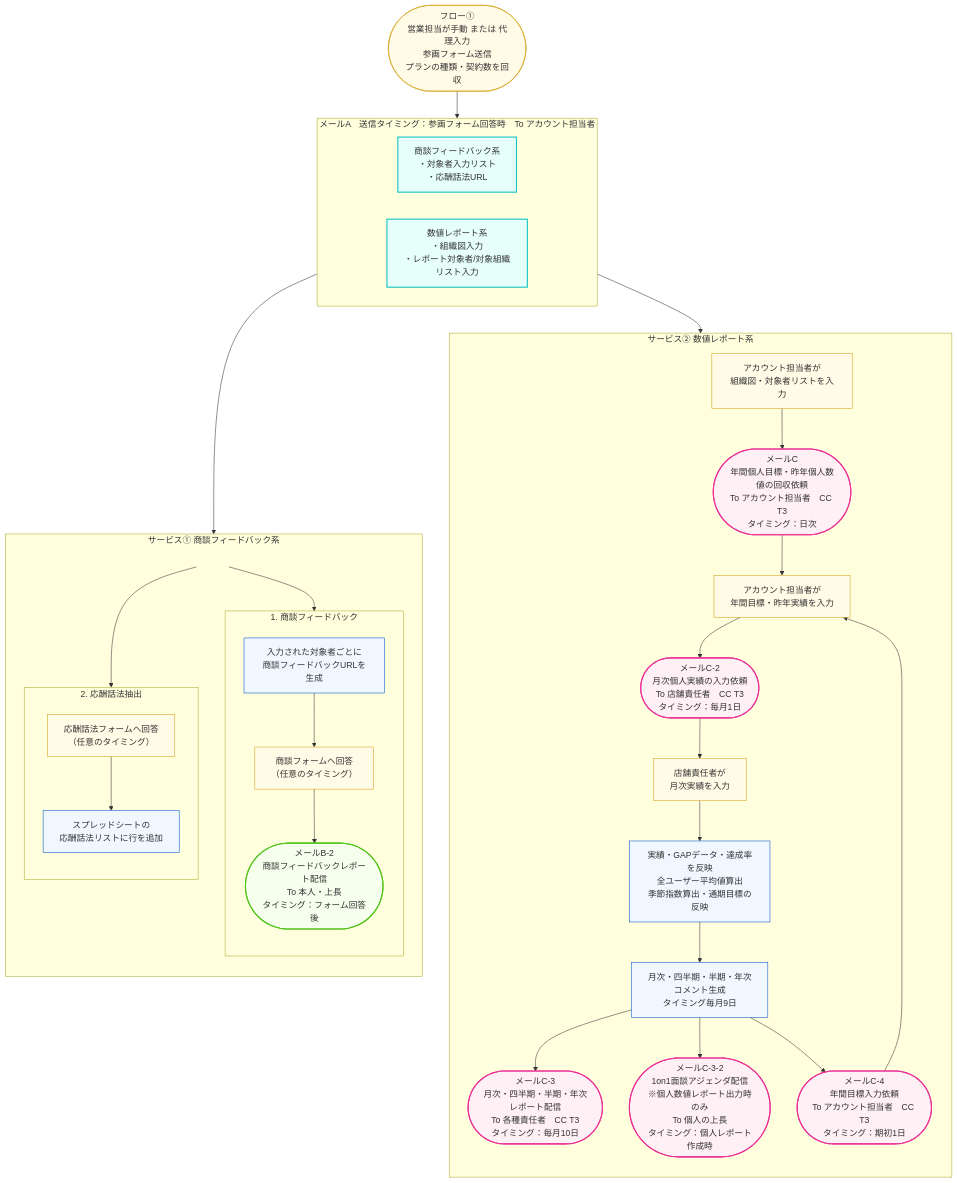
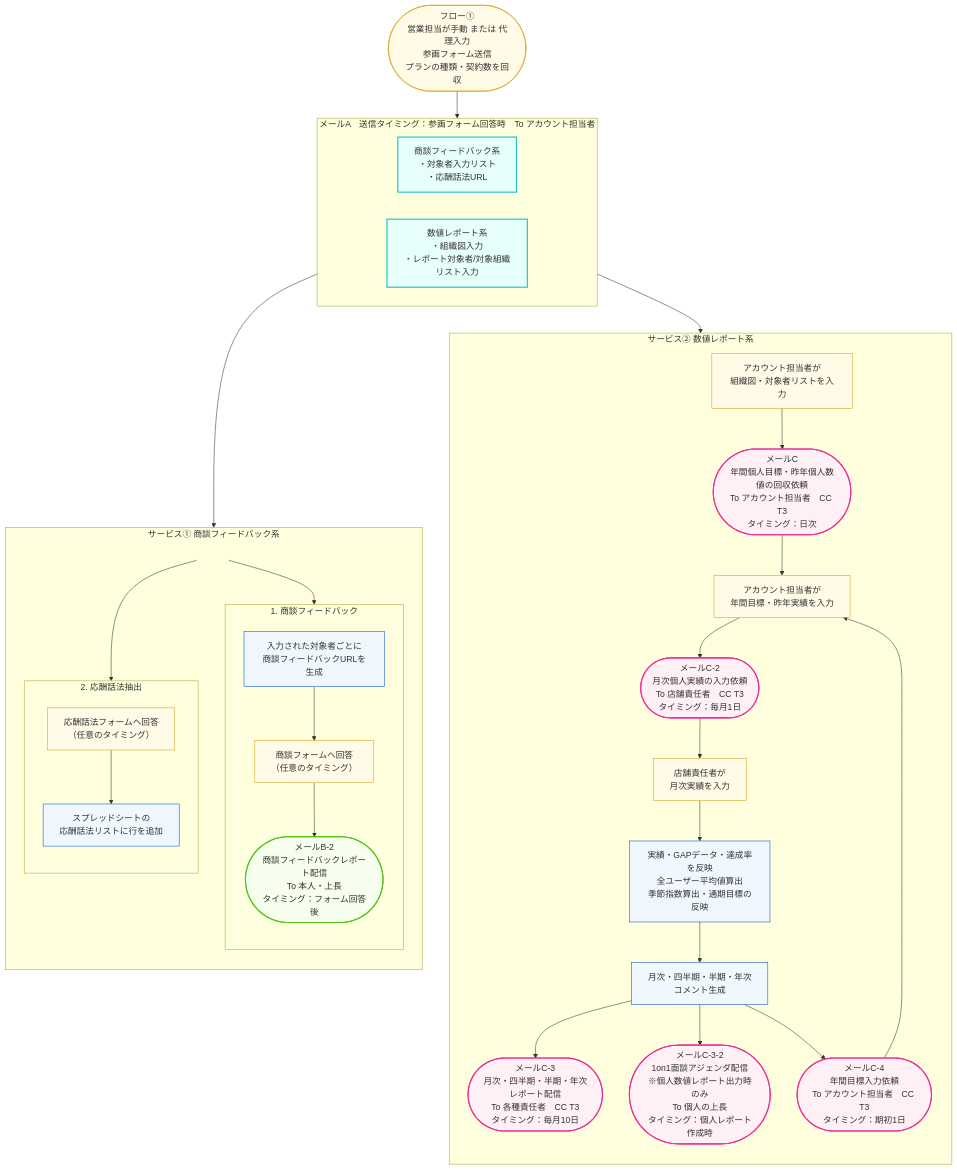
Before and after one commit to sodaitanaka/infrastructure: the diagram in autosales_setting_flow.md, drawn with Mermaid. The commit also changed other lines of this file, not shown here.

````diff
--- a/autosales_setting_flow.md
+++ b/autosales_setting_flow.md
@@ -3,74 +3,74 @@
 ```mermaid
 flowchart TD
     classDef userTask fill:#fffbe6,stroke:#d4a017,stroke-width:1px;
     classDef systemTask fill:#f0f7ff,stroke:#0052cc,stroke-width:1px;
     classDef mailA fill:#e6fffb,stroke:#13c2c2,stroke-width:2px;
     classDef mailB fill:#f6ffed,stroke:#52c41a,stroke-width:2px;
     classDef mailC fill:#fff0f6,stroke:#eb2f96,stroke-width:2px;
 
     %% ===== フロー① 起点 =====
     F1(["フロー①\n営業担当が手動 または 代理入力\n参画フォーム送信\nプランの種類・契約数を回収"]):::userTask
 
     F1 --> MA
 
     %% ===== メールA =====
     subgraph MA["メールA　送信タイミング：参画フォーム回答時　To アカウント担当者"]
         direction LR
         MA1["商談フィードバック系\n・対象者入力リスト\n・応酬話法URL"]:::mailA
         MA2["数値レポート系\n・組織図入力\n・レポート対象者/対象組織リスト入力"]:::mailA
     end
 
     MA --> SYS1 & SYS2
 
     %% ===== 商談フィードバック系 =====
     subgraph SYS1["サービス① 商談フィードバック系"]
         direction TB
 
         SYS1_START[ ]
         SYS1_START --> B1_2 & B2_2
 
         subgraph B1["1. 商談フィードバック"]
             direction TB
             B1_2[入力された対象者ごとに\n商談フィードバックURLを生成]:::systemTask
             B1_2 --> B1_3["商談フォームへ回答\n（任意のタイミング）"]:::userTask
             B1_3 --> B1_4(["メールB-2\n商談フィードバックレポート配信\nTo 本人・上長\nタイミング：フォーム回答後"]):::mailB
         end
 
         subgraph B2["2. 応酬話法抽出"]
             direction TB
             B2_2["応酬話法フォームへ回答\n（任意のタイミング）"]:::userTask
             B2_2 --> B2_3[スプレッドシートの\n応酬話法リストに行を追加]:::systemTask
         end
     end
 
     style SYS1_START fill:none,stroke:none
 
     %% ===== 数値レポート系 =====
     subgraph SYS2["サービス② 数値レポート系"]
         direction TB
         H1[アカウント担当者が\n組織図・対象者リストを入力]:::userTask
         H1 --> MC
 
         MC(["メールC\n年間個人目標・昨年個人数値の回収依頼\nTo アカウント担当者　CC T3\nタイミング：日次"]):::mailC
 
         MC --> H2[アカウント担当者が\n年間目標・昨年実績を入力]:::userTask
         H2 --> MC2
 
         MC2(["メールC-2\n月次個人実績の入力依頼\nTo 店舗責任者　CC T3\nタイミング：毎月1日"]):::mailC
 
         MC2 --> H4[店舗責任者が\n月次実績を入力]:::userTask
         H4 --> H5["実績・GAPデータ・達成率を反映\n全ユーザー平均値算出\n季節指数算出・通期目標の反映"]:::systemTask
 
-        H5 --> GEN[月次・四半期・半期・年次\nコメント生成 \nタイミング毎月9日]:::systemTask
+        H5 --> GEN[月次・四半期・半期・年次\nコメント生成]:::systemTask
 
         GEN --> MC3 & MC32 & MC4
 
         MC3(["メールC-3\n月次・四半期・半期・年次レポート配信\nTo 各種責任者　CC T3\nタイミング：毎月10日"]):::mailC
 
         MC32(["メールC-3-2\n1on1面談アジェンダ配信\n※個人数値レポート出力時のみ\nTo 個人の上長\nタイミング：個人レポート作成時"]):::mailC
 
         MC4(["メールC-4\n年間目標入力依頼\nTo アカウント担当者　CC T3\nタイミング：期初1日"]):::mailC
 
         MC4 --> H2
     end
 ```
````
